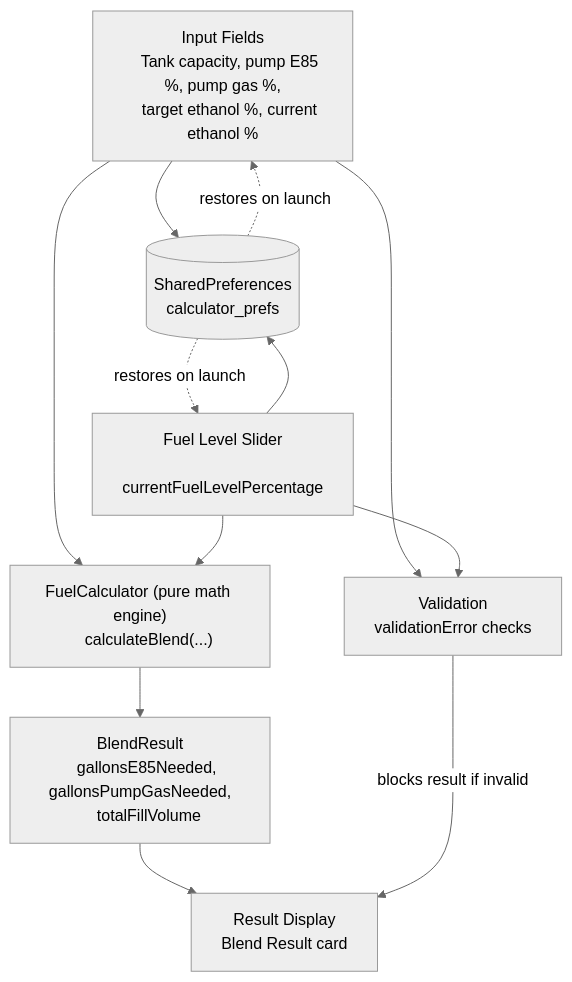
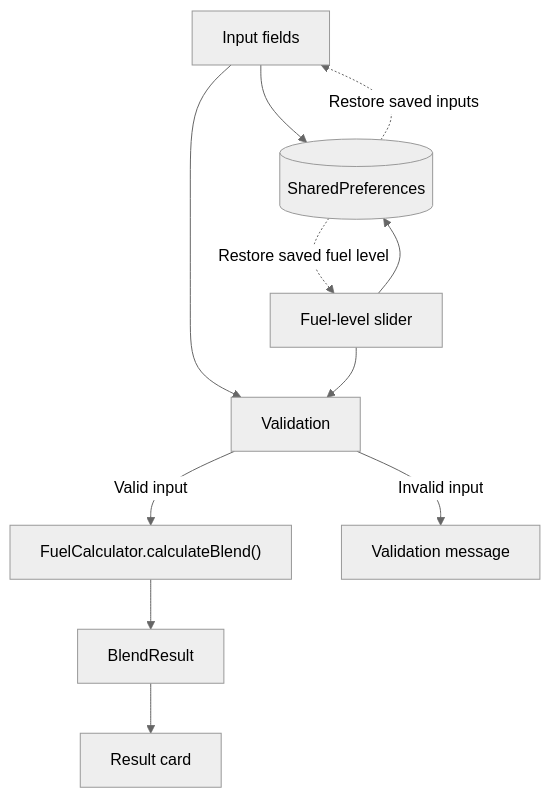
The diagram in README.md (alexisbailon1/e85-calculator), drawn with Mermaid (neutral theme) before and after one commit. The commit also changed other lines of this file, not shown here.

````diff
--- a/README.md
+++ b/README.md
@@ -89,39 +88,13 @@
 ```mermaid
 flowchart TD
-    %% UI / Compose Layer
-    A["Input Fields
-    Tank capacity, pump E85 %, pump gas %,
-    target ethanol %, current ethanol %"]
-    B["Fuel Level Slider
-    currentFuelLevelPercentage"]
-    C["Validation
-    validationError checks"]
-    D["Result Display
-    Blend Result card"]
-
-    %% Persistence Layer
-    P[("SharedPreferences
-    calculator_prefs")]
-
-    %% Core Math Layer
-    F["FuelCalculator (pure math engine)
-    calculateBlend(...)"]
-    R["BlendResult
-    gallonsE85Needed, gallonsPumpGasNeeded,
-    totalFillVolume"]
-
-    %% Data Flow & Connections
-    A --> P
+    A["Input fields"] --> C["Validation"]
+    B["Fuel-level slider"] --> C
+    A --> P[("SharedPreferences")]
     B --> P
-    P -. restores on launch .-> A
-    P -. restores on launch .-> B
-
-    A --> F
-    B --> F
-    F --> R
-    R --> D
-    
-    A --> C
-    B --> C
-    C -->|blocks result if invalid| D
+    P -. "Restore saved inputs" .-> A
+    P -. "Restore saved fuel level" .-> B
+    C -->|"Valid input"| F["FuelCalculator.calculateBlend()"]
+    C -->|"Invalid input"| E["Validation message"]
+    F --> R["BlendResult"]
+    R --> D["Result card"]
 ```
````
